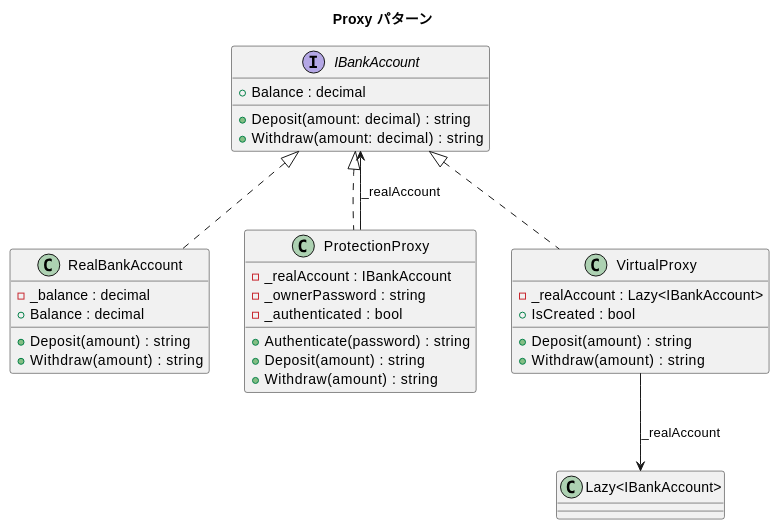
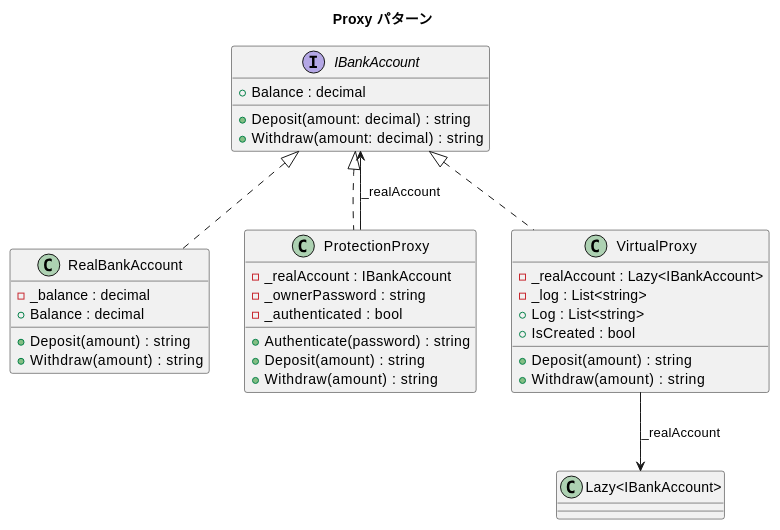
The diagram in docs/article/csharp/11-proxy.md (k2works/getting-started-design-pattern), drawn with PlantUML before and after one commit. The commit also changed other lines of this file and 7 other files, not shown here.

````diff
--- a/docs/article/csharp/11-proxy.md
+++ b/docs/article/csharp/11-proxy.md
@@ -13,40 +13,42 @@
 ```plantuml
 @startuml
 title Proxy パターン
 
 interface IBankAccount {
   + Deposit(amount: decimal) : string
   + Withdraw(amount: decimal) : string
   + Balance : decimal
 }
 
 class RealBankAccount {
   - _balance : decimal
   + Deposit(amount) : string
   + Withdraw(amount) : string
   + Balance : decimal
 }
 
 class ProtectionProxy {
   - _realAccount : IBankAccount
   - _ownerPassword : string
   - _authenticated : bool
   + Authenticate(password) : string
   + Deposit(amount) : string
   + Withdraw(amount) : string
 }
 
 class VirtualProxy {
   - _realAccount : Lazy<IBankAccount>
+  - _log : List<string>
+  + Log : List<string>
   + IsCreated : bool
   + Deposit(amount) : string
   + Withdraw(amount) : string
 }
 
 IBankAccount <|.. RealBankAccount
 IBankAccount <|.. ProtectionProxy
 IBankAccount <|.. VirtualProxy
 ProtectionProxy --> IBankAccount : _realAccount
 VirtualProxy --> "Lazy<IBankAccount>" : _realAccount
 @enduml
 ```
````
